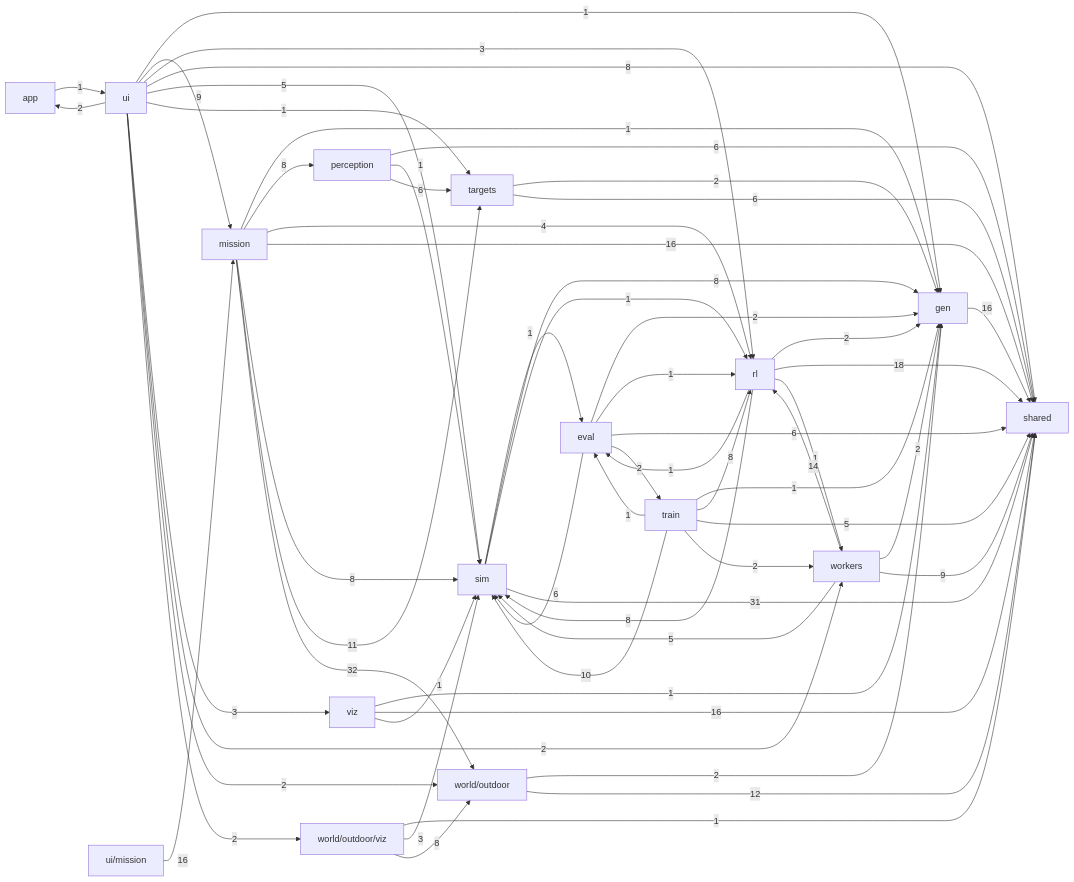
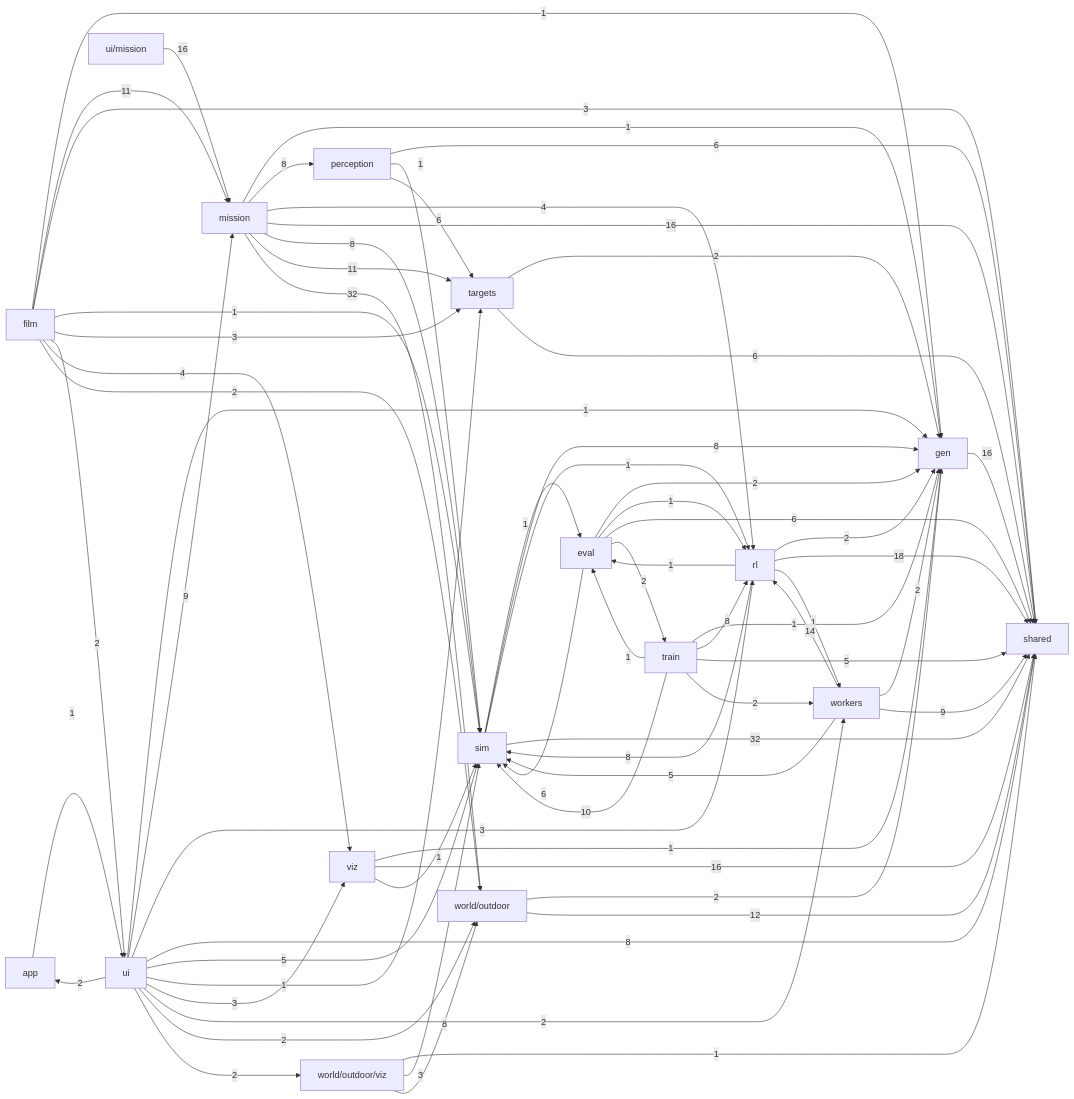
The second of 2 diagrams in docs/ARCHITECTURE.md (alexnieves-cs/frontier-fly), drawn with Mermaid before and after one commit. The commit also changed other lines of this file and 5 other files, not shown here.

```diff
--- a/docs/ARCHITECTURE.md
+++ b/docs/ARCHITECTURE.md
@@ -76,6 +76,7 @@
 flowchart LR
   app["app"]
   eval["eval"]
+  film["film"]
   gen["gen"]
   mission["mission"]
   perception["perception"]
@@ -96,6 +97,14 @@
   eval -->|6| shared
   eval -->|6| sim
   eval -->|2| train
+  film -->|1| gen
+  film -->|11| mission
+  film -->|3| shared
+  film -->|1| sim
+  film -->|3| targets
+  film -->|2| ui
+  film -->|4| viz
+  film -->|2| world_outdoor
   gen -->|16| shared
   mission -->|1| gen
   mission -->|8| perception
@@ -115,7 +124,7 @@
   sim -->|1| eval
   sim -->|8| gen
   sim -->|1| rl
-  sim -->|31| shared
+  sim -->|32| shared
   targets -->|2| gen
   targets -->|6| shared
   train -->|1| eval
```
